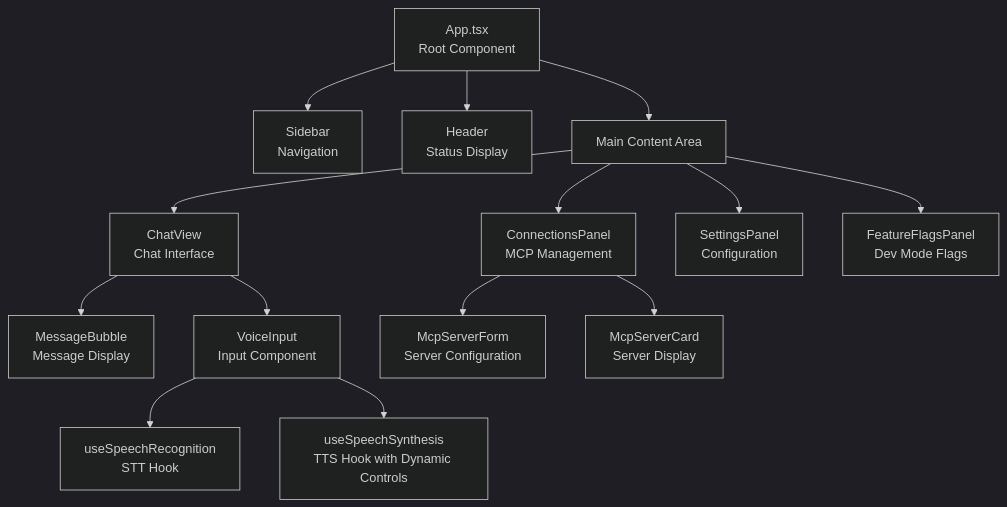
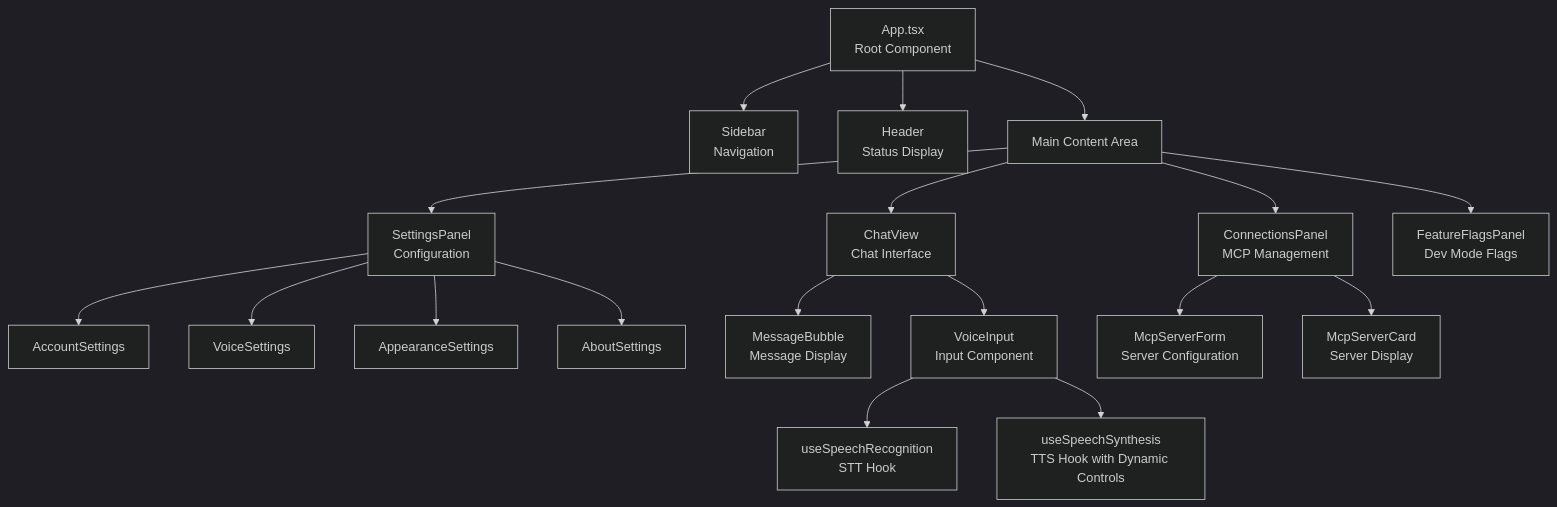
One commit to meharajM/ai-worker.app changed the fifth of 22 diagrams in architecture.md. Above: the diagram before and after it, drawn with Mermaid (dark theme). The commit also changed other lines of this file and 18 other files, not shown here.

````diff
--- a/architecture.md
+++ b/architecture.md
@@ -191,22 +191,27 @@
 ```mermaid
 graph TD
     App[App.tsx<br/>Root Component]
 
     App --> Sidebar[Sidebar<br/>Navigation]
     App --> Header[Header<br/>Status Display]
     App --> Main[Main Content Area]
 
     Main --> ChatView[ChatView<br/>Chat Interface]
     Main --> ConnectionsPanel[ConnectionsPanel<br/>MCP Management]
     Main --> SettingsPanel[SettingsPanel<br/>Configuration]
+    
+    SettingsPanel --> AccountSettings[AccountSettings]
+    SettingsPanel --> VoiceSettings[VoiceSettings]
+    SettingsPanel --> AppearanceSettings[AppearanceSettings]
+    SettingsPanel --> AboutSettings[AboutSettings]
     Main --> FeatureFlagsPanel[FeatureFlagsPanel<br/>Dev Mode Flags]
     
     ChatView --> MessageBubble[MessageBubble<br/>Message Display]
     ChatView --> VoiceInput[VoiceInput<br/>Input Component]
 
     ConnectionsPanel --> McpServerForm[McpServerForm<br/>Server Configuration]
     ConnectionsPanel --> McpServerCard[McpServerCard<br/>Server Display]
 
     VoiceInput --> SpeechRecognition[useSpeechRecognition<br/>STT Hook]
     VoiceInput --> SpeechSynthesis[useSpeechSynthesis<br/>TTS Hook with Dynamic Controls]
 ```
````
